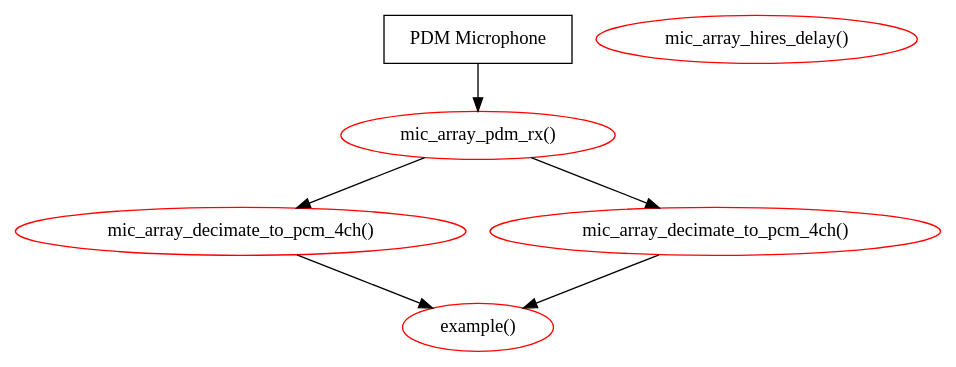
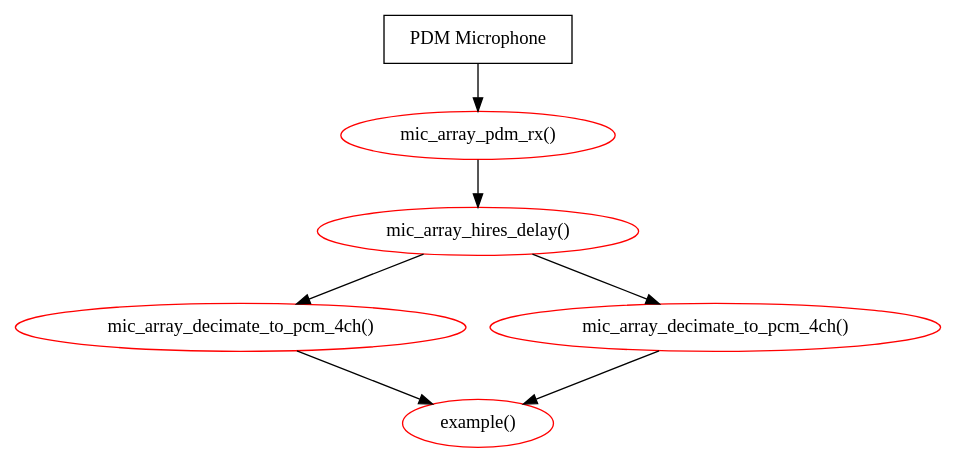
One commit to xmos/lib_mic_array changed the diagram in examples/AN00220_app_phase_aligned_example/doc/rst/block_diagram.dot. Above: the diagram before and after it, drawn with Graphviz. The commit also changed 1 other file, not shown here.

Commit message:
Fix AN00220 block diagram

```diff
--- a/examples/AN00220_app_phase_aligned_example/doc/rst/block_diagram.dot
+++ b/examples/AN00220_app_phase_aligned_example/doc/rst/block_diagram.dot
@@ -1,18 +1,19 @@
 digraph g {
 	
 	mic_array_pdm_rx [label="mic_array_pdm_rx()", color=red]; 
 	mic_array_hires_delay [label="mic_array_hires_delay()", color=red]; 
 	mic_array_decimate_to_pcm_4ch1 [label="mic_array_decimate_to_pcm_4ch()", color=red]; 
 	mic_array_decimate_to_pcm_4ch0 [label="mic_array_decimate_to_pcm_4ch()", color=red]; 
 	example [label="example()", color=red]; 
   
 	pdm_mic  [label="PDM Microphone", shape=box]; 
 
 	pdm_mic -> mic_array_pdm_rx;
 	
-	mic_array_pdm_rx -> mic_array_decimate_to_pcm_4ch0;
-	mic_array_pdm_rx -> mic_array_decimate_to_pcm_4ch1;
+	mic_array_pdm_rx -> mic_array_hires_delay;
+	mic_array_hires_delay -> mic_array_decimate_to_pcm_4ch0;
+	mic_array_hires_delay -> mic_array_decimate_to_pcm_4ch1;
 
 	mic_array_decimate_to_pcm_4ch0 -> example;
 	mic_array_decimate_to_pcm_4ch1 -> example;
 }
```
